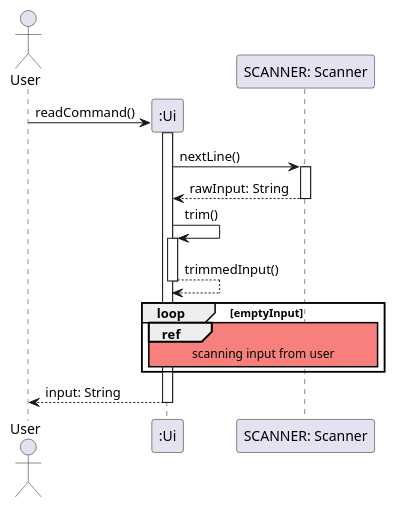
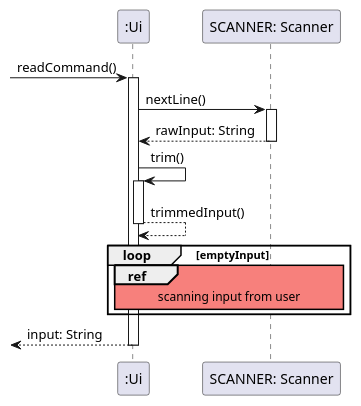
The diagram in docs/diagrams/Ui_readCommandSequence.puml (thienkimtranhoang/tp), drawn with PlantUML before and after one commit. The commit also changed 4 other files, not shown here.

```diff
--- a/docs/diagrams/Ui_readCommandSequence.puml
+++ b/docs/diagrams/Ui_readCommandSequence.puml
@@ -1,20 +1,19 @@
 @startuml
 ''https://plantuml.com/sequence-diagram
 skinparam sequenceReferenceBackgroundColor #f7807c
-actor User
 participant ":Ui" as ui
 participant "SCANNER: Scanner" as scanner
 
-create ui
-User -> ui ++: readCommand()
+
+-> ui ++: readCommand()
 ui -> scanner ++: nextLine()
 ui <-- scanner --: rawInput: String
 ui -> ui ++: trim()
 ui --> ui --: trimmedInput()
 loop emptyInput
     ref over ui, scanner
         scanning input from user
     end ref
 end
-User <-- ui --: input: String
+<-- ui --: input: String
 @enduml
```
